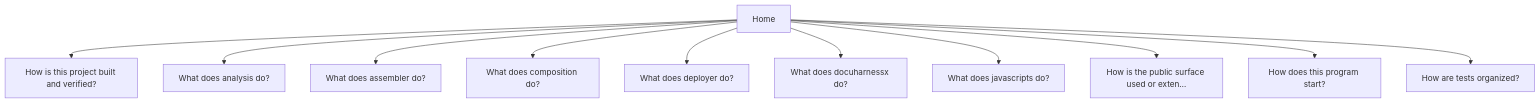
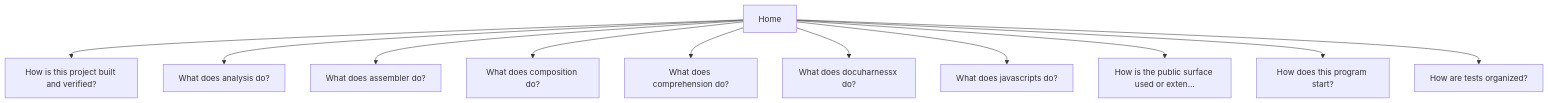
The third of 7 diagrams in docs/index.md (norandom/DocuHarnessX), drawn with Mermaid before and after one commit. The commit also changed other lines of this file and 14 other files, not shown here.

````diff
--- a/docs/index.md
+++ b/docs/index.md
@@ -5,24 +43,24 @@
 ```mermaid
 flowchart TB
   n0["Home"]
   n1["How is this project built and verified?"]
   n2["What does analysis do?"]
   n3["What does assembler do?"]
   n4["What does composition do?"]
-  n5["What does deployer do?"]
+  n5["What does comprehension do?"]
   n6["What does docuharnessx do?"]
   n7["What does javascripts do?"]
   n8["How is the public surface used or exten…"]
   n9["How does this program start?"]
   n10["How are tests organized?"]
   n0 --> n1
   n0 --> n2
   n0 --> n3
   n0 --> n4
   n0 --> n5
   n0 --> n6
   n0 --> n7
   n0 --> n8
   n0 --> n9
   n0 --> n10
 ```
````
